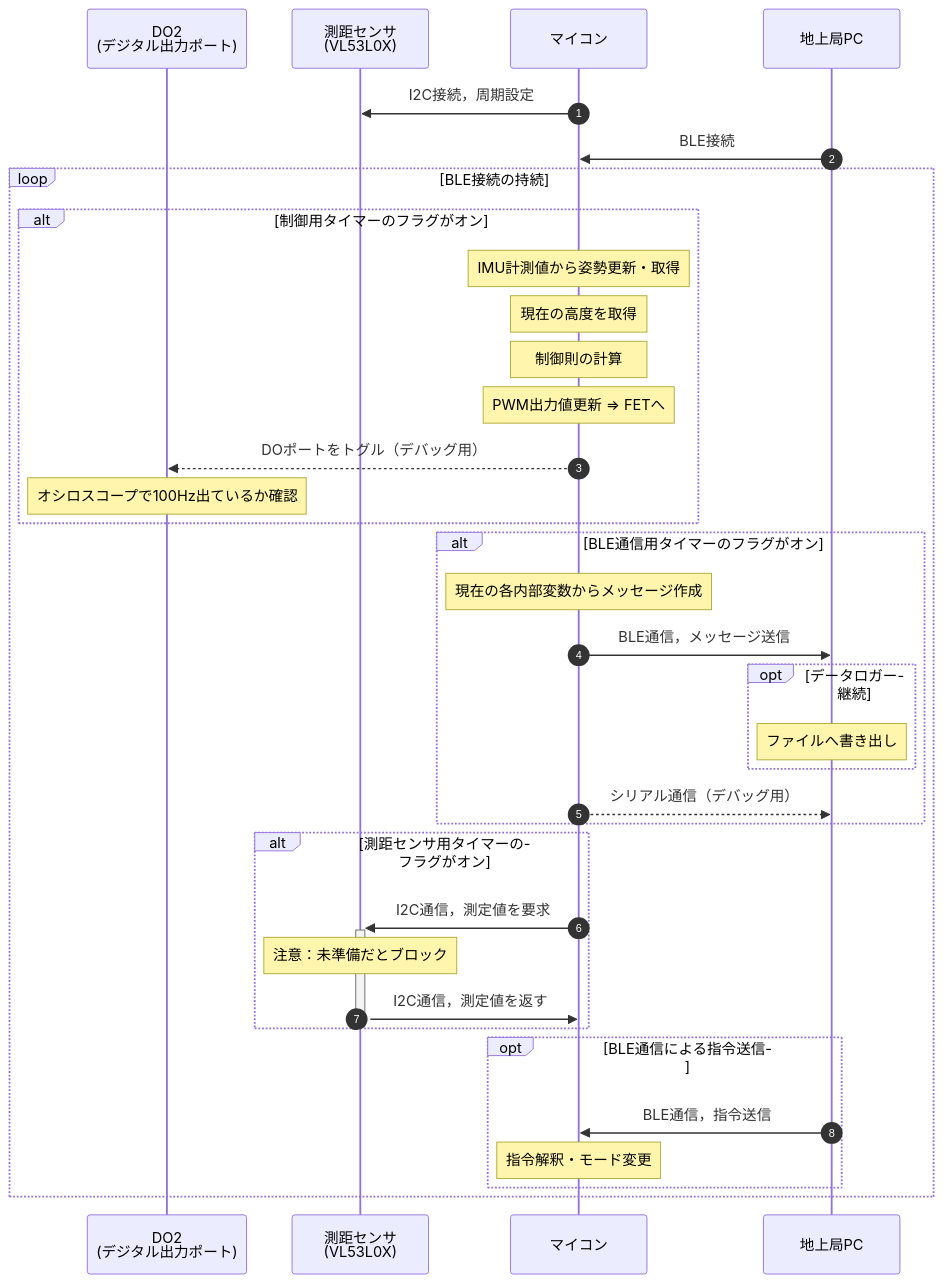
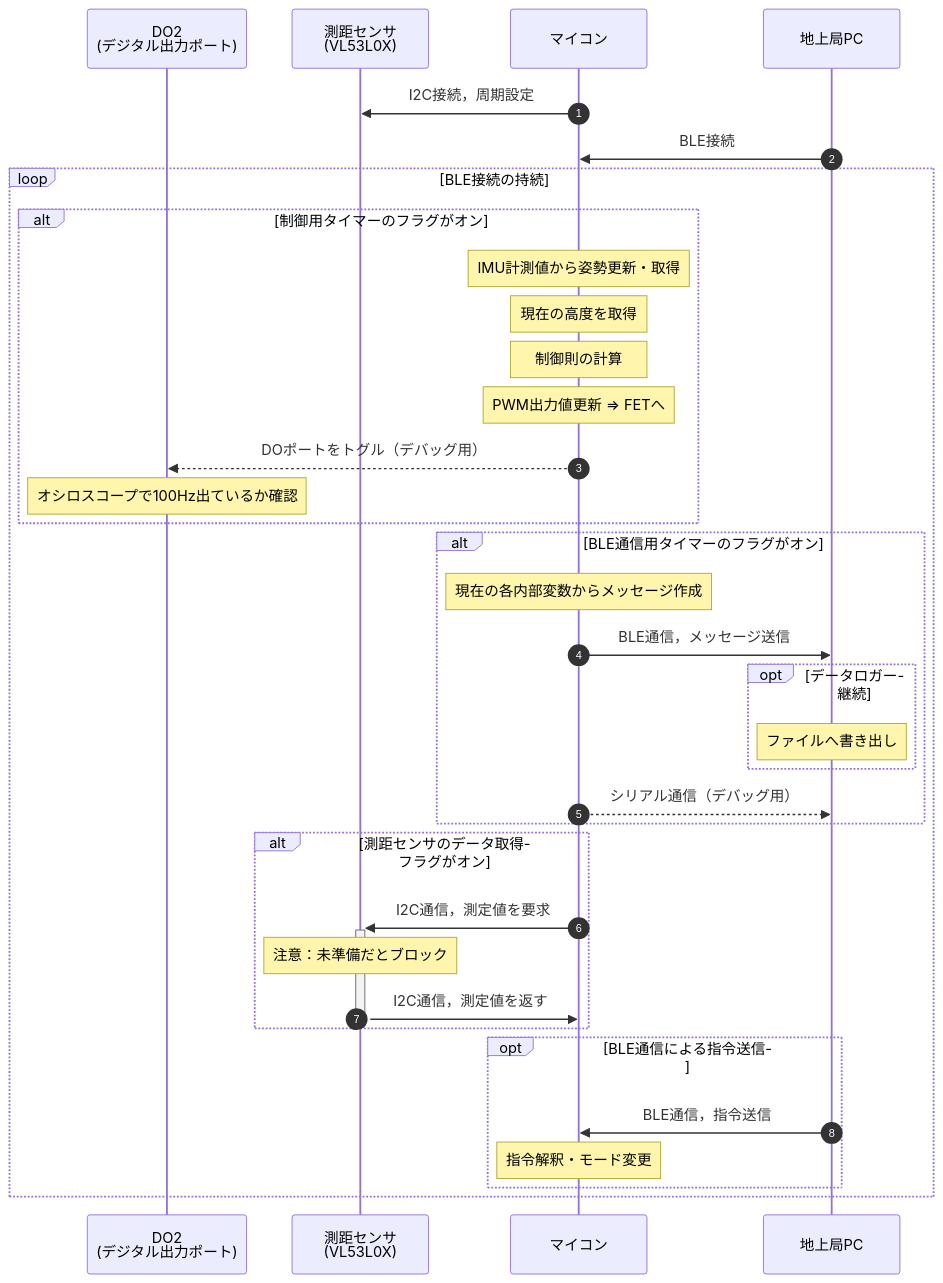
One commit to kn4ts/MiniDrone changed the first of 3 diagrams in Readme.md. Above: the diagram before and after it, drawn with Mermaid. The commit also changed other lines of this file and 14 other files, not shown here.

````diff
--- a/Readme.md
+++ b/Readme.md
@@ -28,51 +28,51 @@
 ```mermaid
 sequenceDiagram # シーケンス図の定義
     autonumber # 信号に番号をつける
 
     # 各要素の定義
     participant DebugDO as DO2<br>(デジタル出力ポート) # デバッグ用DOポート
     participant Sen as 測距センサ<br>(VL53L0X) # I2C接続
     participant Micon as マイコン
     participant PC as 地上局PC  # PC（地上局）
 
     Micon ->> Sen : I2C接続，周期設定
     PC ->> Micon: BLE接続
 
     loop BLE接続の持続 # ループの定義
 
         alt 制御用タイマーのフラグがオン # if文
             Note over Micon : IMU計測値から姿勢更新・取得
             Note over Micon : 現在の高度を取得
             # rect rgba(255, 0, 255, 0.2) # 色付け
             Note over Micon : 制御則の計算
             # end
             Note over Micon : PWM出力値更新 => FETへ
 
             Micon -->> DebugDO : DOポートをトグル（デバッグ用）
             Note over DebugDO : オシロスコープで100Hz出ているか確認
         end
 
         alt BLE通信用タイマーのフラグがオン
             Note over Micon : 現在の各内部変数からメッセージ作成
             # rect rgba(255, 0, 255, 0.2) # 色付け
             Micon ->> PC : BLE通信，メッセージ送信
             opt データロガー継続
                 Note over PC : ファイルへ書き出し
             end
             # end
             Micon -->> PC : シリアル通信（デバッグ用）
         end
 
-        alt 測距センサ用タイマーのフラグがオン
+        alt 測距センサのデータ取得フラグがオン
             Micon ->>+ Sen : I2C通信，測定値を要求
             Note over Sen : 注意：未準備だとブロック
             Sen ->>- Micon : I2C通信，測定値を返す
         end
 
         opt BLE通信による指令送信
             PC ->> Micon : BLE通信，指令送信
             Note over Micon : 指令解釈・モード変更
         end
     end
 
 ```
````
